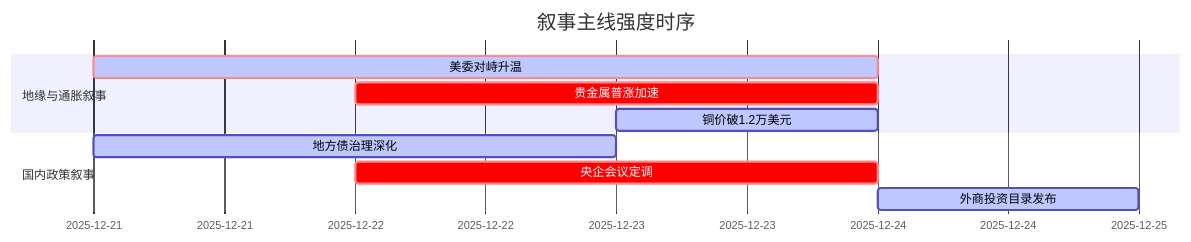
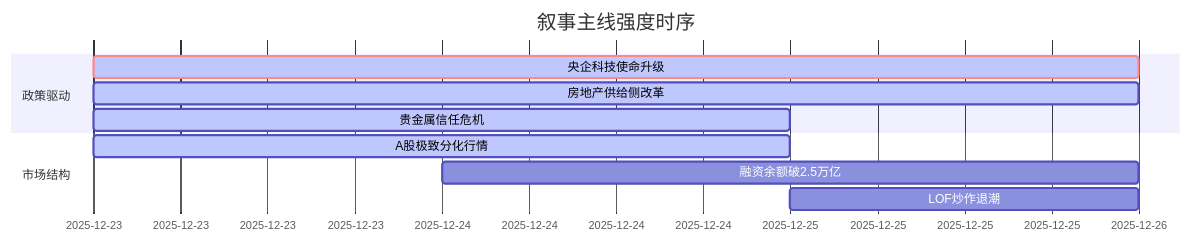
Before and after one commit to uu5zn/uu5zn.github.io: the diagram in README.md, drawn with Mermaid. The commit also changed other lines of this file and 11 other files, not shown here.

````diff
--- a/README.md
+++ b/README.md
@@ -43,14 +53,14 @@
 ```mermaid
 gantt
     title 叙事主线强度时序
     dateFormat  YYYY-MM-DD
-    section 地缘与通胀叙事
-    美委对峙升温   :crit, active, 2025-12-21, 3d
-    贵金属普涨加速  :crit, 2025-12-22, 2d
-    铜价破1.2万美元 :active, 2025-12-23, 1d
+    section 政策驱动
+    央企科技使命升级   :crit, active, 2025-12-23, 3d
+    房地产供给侧改革   :active, 2025-12-23, 3d
+    贵金属信任危机     :active, 2025-12-23, 2d
     
-    section 国内政策叙事
-    地方债治理深化  :active, 2025-12-21, 2d
-    央企会议定调   :crit, 2025-12-22, 2d
-    外商投资目录发布 :active, 2025-12-24, 1d
+    section 市场结构
+    A股极致分化行情   :active, 2025-12-23, 2d
+    融资余额破2.5万亿  :2025-12-24, 2d
+    LOF炒作退潮       :2025-12-25, 1d
 ```
````
